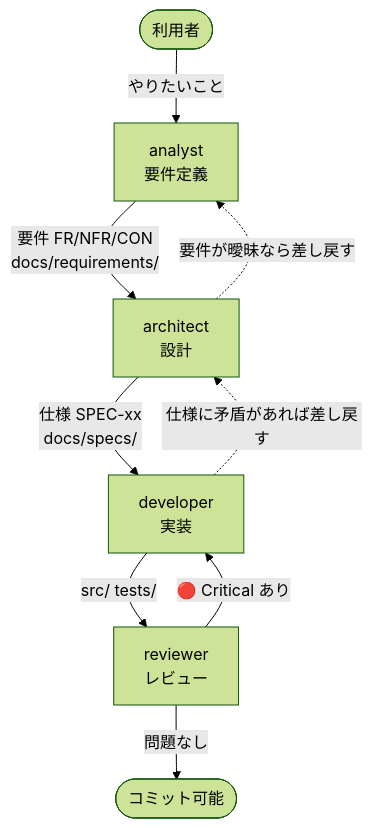
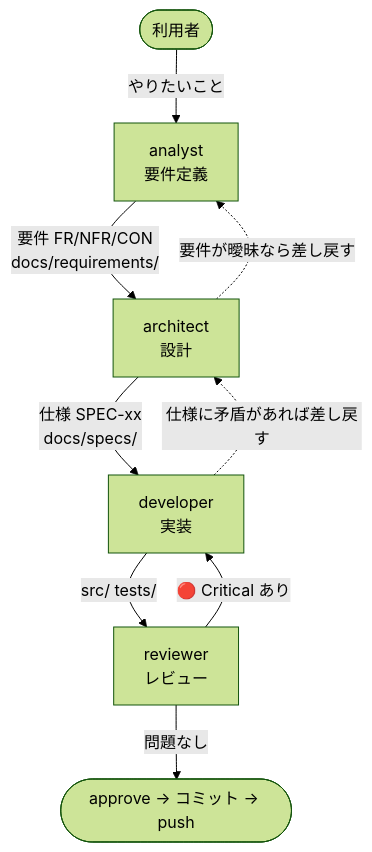
Before and after one commit to Harurow/chrome.ext.kabu-tantan: the diagram in .claude/agents/lead.md, drawn with Mermaid (forest theme). The commit also changed other lines of this file and 7 other files, not shown here.

````diff
--- a/.claude/agents/lead.md
+++ b/.claude/agents/lead.md
@@ -22,19 +21,19 @@
 ```mermaid
 flowchart TD
     USER(["利用者"])
     ANALYST["analyst<br/>要件定義"]
     ARCHITECT["architect<br/>設計"]
     DEVELOPER["developer<br/>実装"]
     REVIEWER["reviewer<br/>レビュー"]
-    COMMIT(["コミット可能"])
+    COMMIT(["approve → コミット → push"])
 
     USER -->|"やりたいこと"| ANALYST
     ANALYST -->|"要件 FR/NFR/CON<br/>docs/requirements/"| ARCHITECT
     ARCHITECT -->|"仕様 SPEC-xx<br/>docs/specs/"| DEVELOPER
     DEVELOPER -->|"src/ tests/"| REVIEWER
     REVIEWER -->|"🔴 Critical あり"| DEVELOPER
     REVIEWER -->|"問題なし"| COMMIT
 
     ARCHITECT -.->|"要件が曖昧なら差し戻す"| ANALYST
     DEVELOPER -.->|"仕様に矛盾があれば差し戻す"| ARCHITECT
 ```
````
